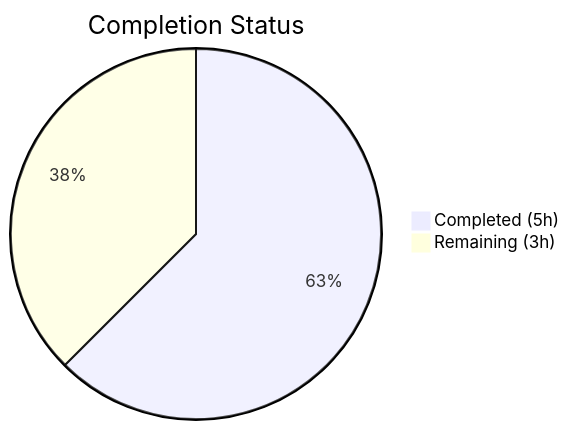
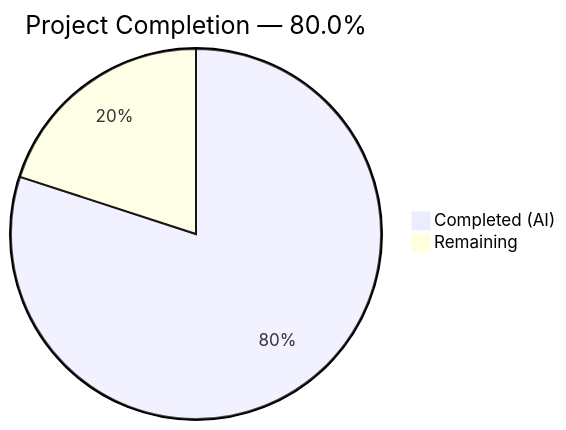
Before and after one commit to TestadoBlitzy/Existing-product: the first of 2 diagrams in blitzy/documentation/Project Guide.md, drawn with Mermaid. The commit also changed other lines of this file, not shown here.

Commit message:
Adding Blitzy Project Guide: Project Status and Human Tasks Remaining

````diff
--- a/blitzy/documentation/Project Guide.md
+++ b/blitzy/documentation/Project Guide.md
@@ -17,5 +13,5 @@
 ```mermaid
-pie title Completion Status
-    "Completed (5h)" : 5
-    "Remaining (3h)" : 3
+pie title Project Completion — 80.0%
+    "Completed (AI)" : 8
+    "Remaining" : 2
 ```
````
